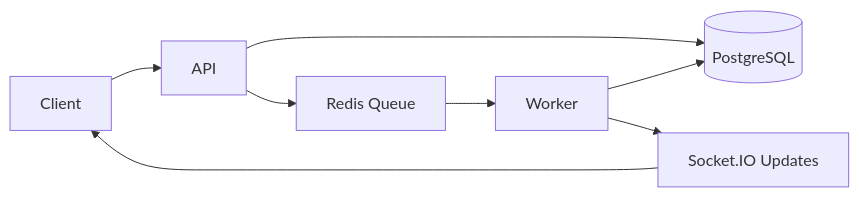
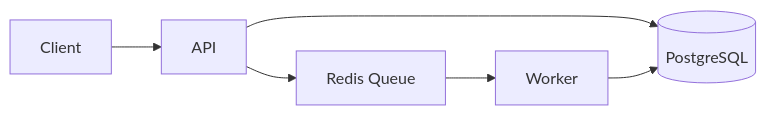
The diagram in README.md (dushyant4665/async-data-processing), drawn with Mermaid before and after one commit. The commit also changed other lines of this file and 4 other files, not shown here.

````diff
--- a/README.md
+++ b/README.md
@@ -7,10 +7,8 @@
 ```mermaid
 flowchart LR
   A[Client] --> B[API]
   B --> C[(PostgreSQL)]
   B --> D[Redis Queue]
   D --> E[Worker]
   E --> C
-  E --> F[Socket.IO Updates]
-  F --> A
 ```
````
